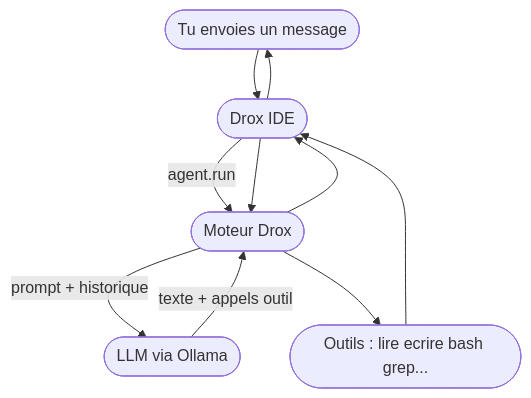
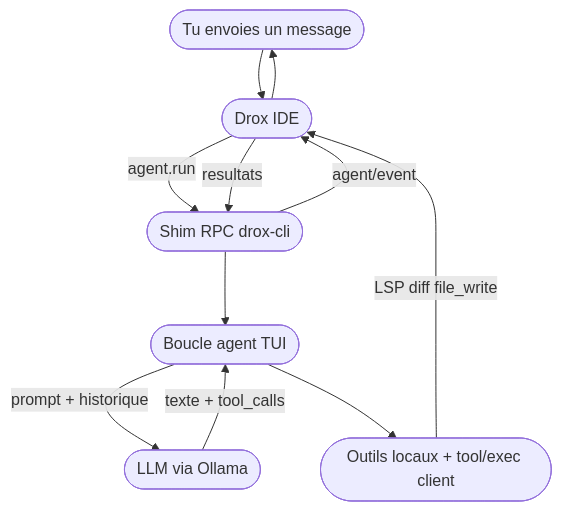
The second of 7 diagrams in README.md (DroxKiwi/Drox---IDE---OR), drawn with Mermaid before and after one commit. The commit also changed other lines of this file and 1 other file, not shown here.

First line of the commit message:
Docs: README et RELEASE_NOTES 1.5.0 — archi tui_mono.

````diff
--- a/README.md
+++ b/README.md
@@ -51,18 +55,20 @@
 ```mermaid
 flowchart TB
   U(["Tu envoies un message"])
   I(["Drox IDE"])
-  M(["Moteur Drox"])
+  S(["Shim RPC drox-cli"])
+  M(["Boucle agent TUI"])
   L(["LLM via Ollama"])
-  O(["Outils : lire ecrire bash grep..."])
+  O(["Outils locaux + tool/exec client"])
 
   U --> I
-  I -->|agent.run| M
+  I -->|agent.run| S
+  S --> M
   M -->|prompt + historique| L
-  L -->|texte + appels outil| M
+  L -->|texte + tool_calls| M
   M --> O
-  O --> I
-  I --> M
-  M --> I
+  O -->|LSP diff file_write| I
+  I -->|resultats| S
+  S -->|agent/event| I
   I --> U
 ```
````
